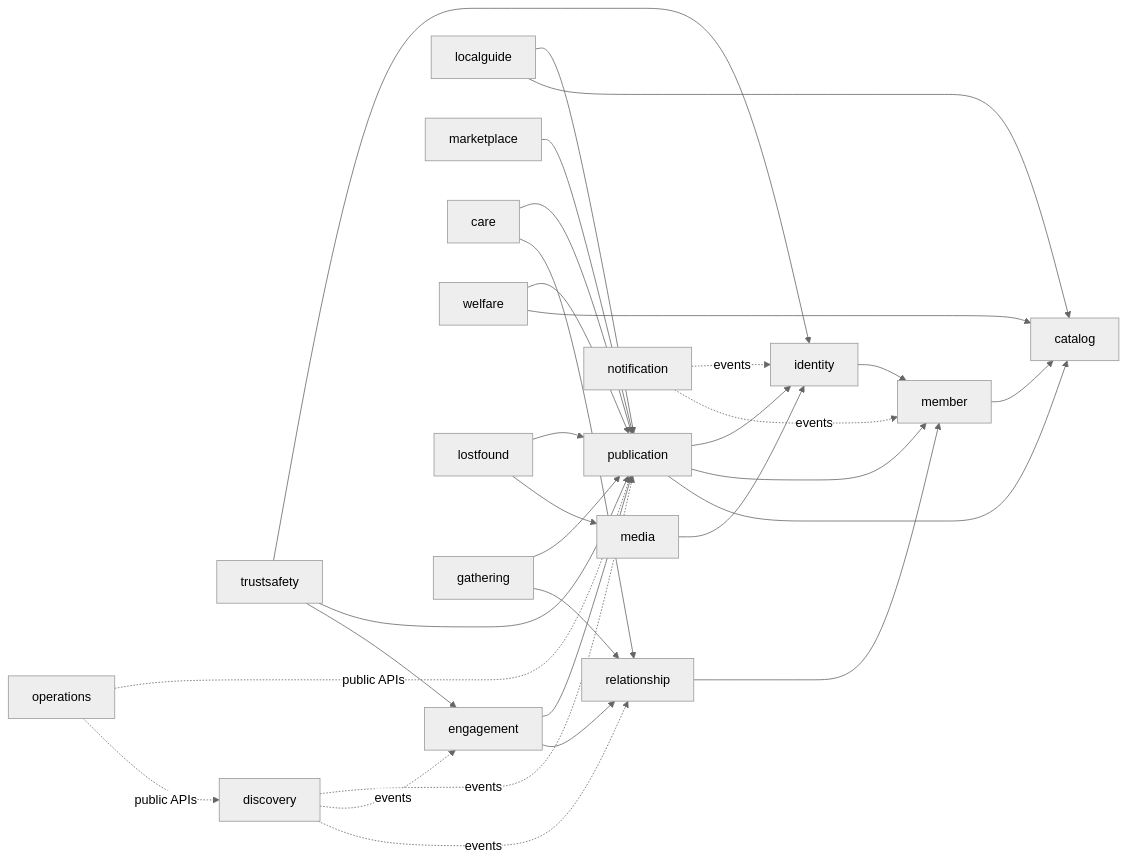
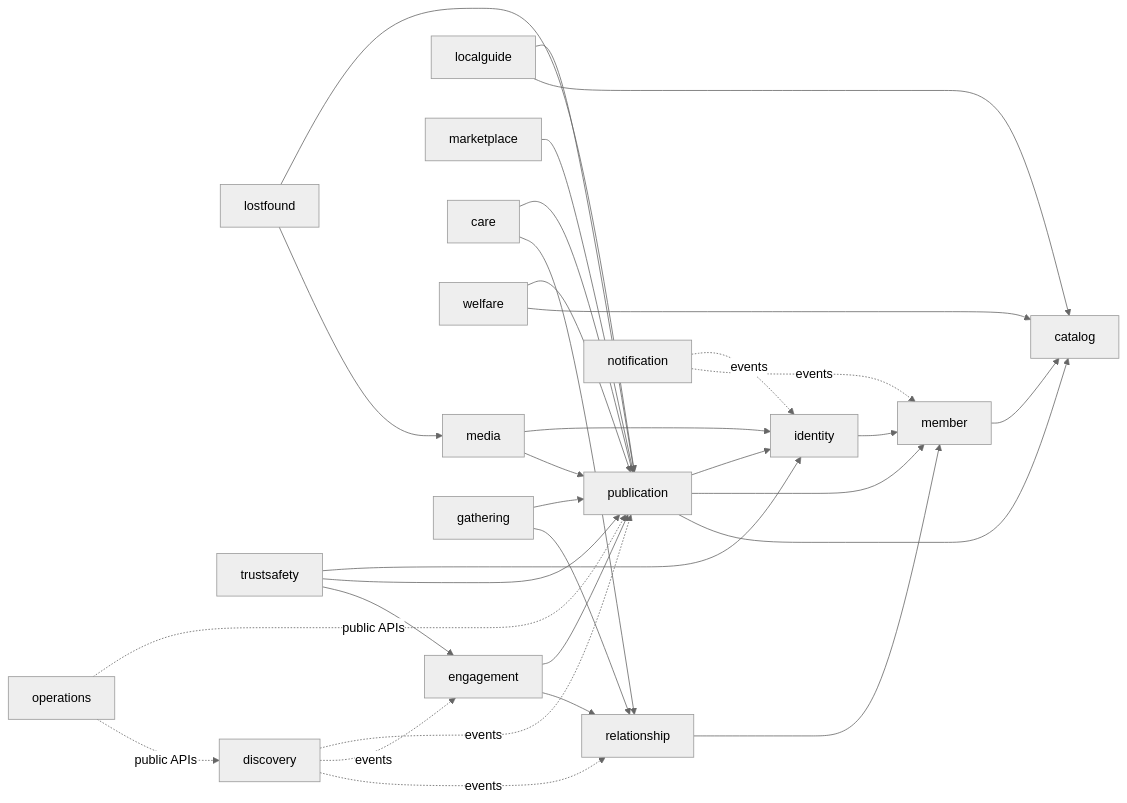
Before and after one commit to answndud/townpet-springboot: the diagram in docs/architecture/module-map.md, drawn with Mermaid (neutral theme). The commit also changed 9 other files, not shown here.

````diff
--- a/docs/architecture/module-map.md
+++ b/docs/architecture/module-map.md
@@ -5,33 +5,34 @@
 ```mermaid
 flowchart LR
   identity --> member
   member --> catalog
   publication --> identity
   publication --> member
   publication --> catalog
   engagement --> publication
   engagement --> relationship
   localguide --> publication
   localguide --> catalog
   marketplace --> publication
   care --> publication
   care --> relationship
   welfare --> publication
   welfare --> catalog
   lostfound --> publication
   lostfound --> media
   gathering --> publication
   gathering --> relationship
   relationship --> member
   trustsafety --> identity
   trustsafety --> publication
   trustsafety --> engagement
   discovery -. events .-> publication
   discovery -. events .-> engagement
   discovery -. events .-> relationship
   notification -. events .-> identity
   notification -. events .-> member
   media --> identity
+  media --> publication
   operations -. public APIs .-> publication
   operations -. public APIs .-> discovery
 ```
````
